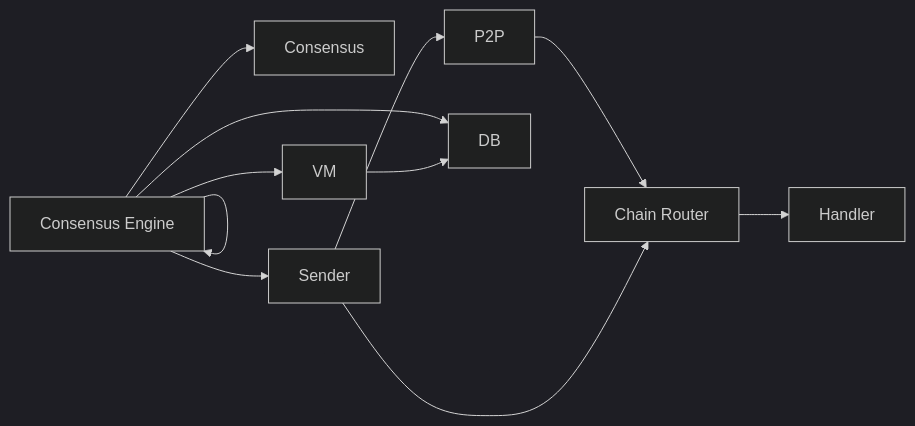
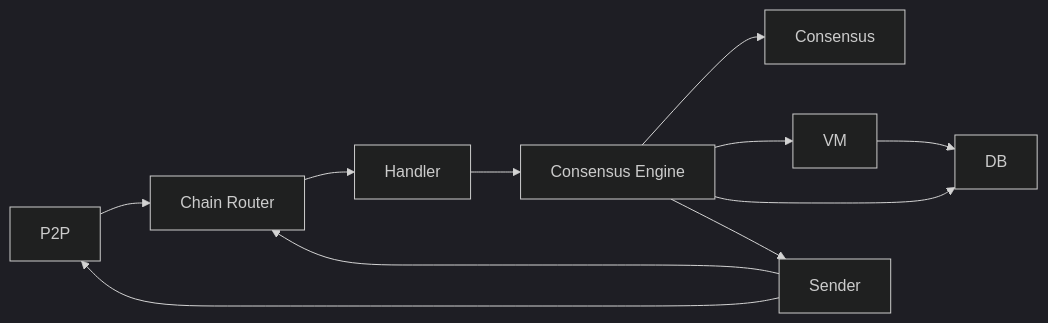
Before and after one commit to DioneProtocol/odysseygo: the diagram in snow/README.md, drawn with Mermaid (dark theme). The commit also changed other lines of this file and 1715 other files, not shown here.

````diff
--- a/snow/README.md
+++ b/snow/README.md
@@ -3,13 +3,13 @@
 ```mermaid
 graph LR
     A[P2P] --> B[Chain Router]
     B --> C[Handler]
-    D --> D[Consensus Engine]
+    C --> D[Consensus Engine]
     D --> E[Consensus]
     D --> F[VM]
     D --> G[DB]
     D --> I[Sender]
     F --> G
     I --> A
     I --> B 
 ```
````
